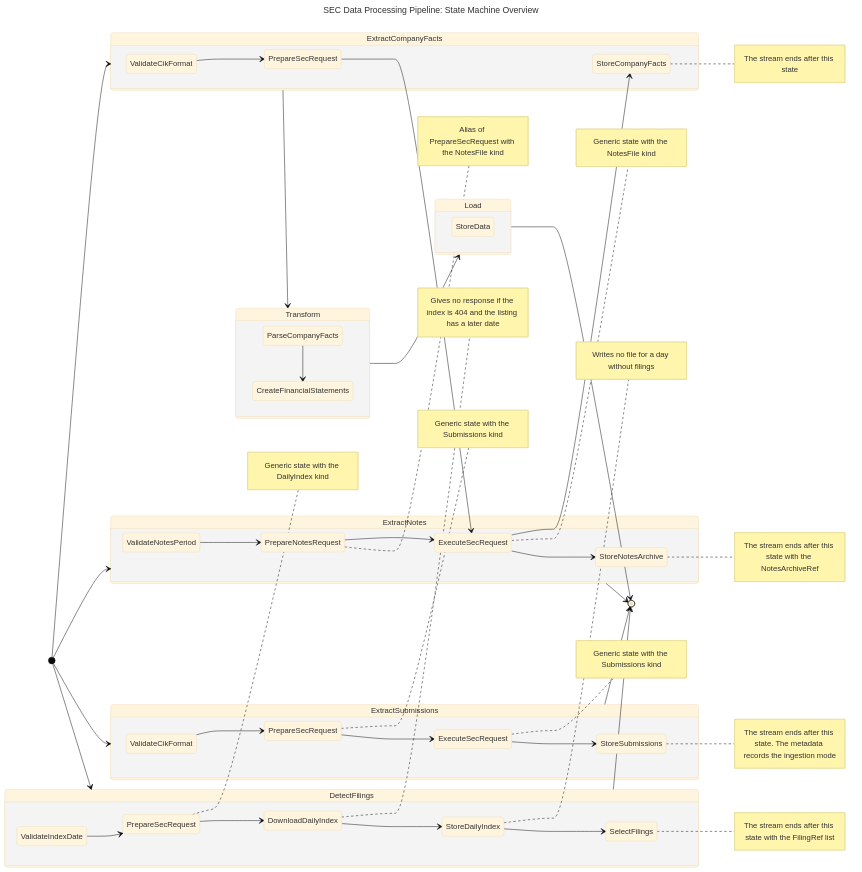
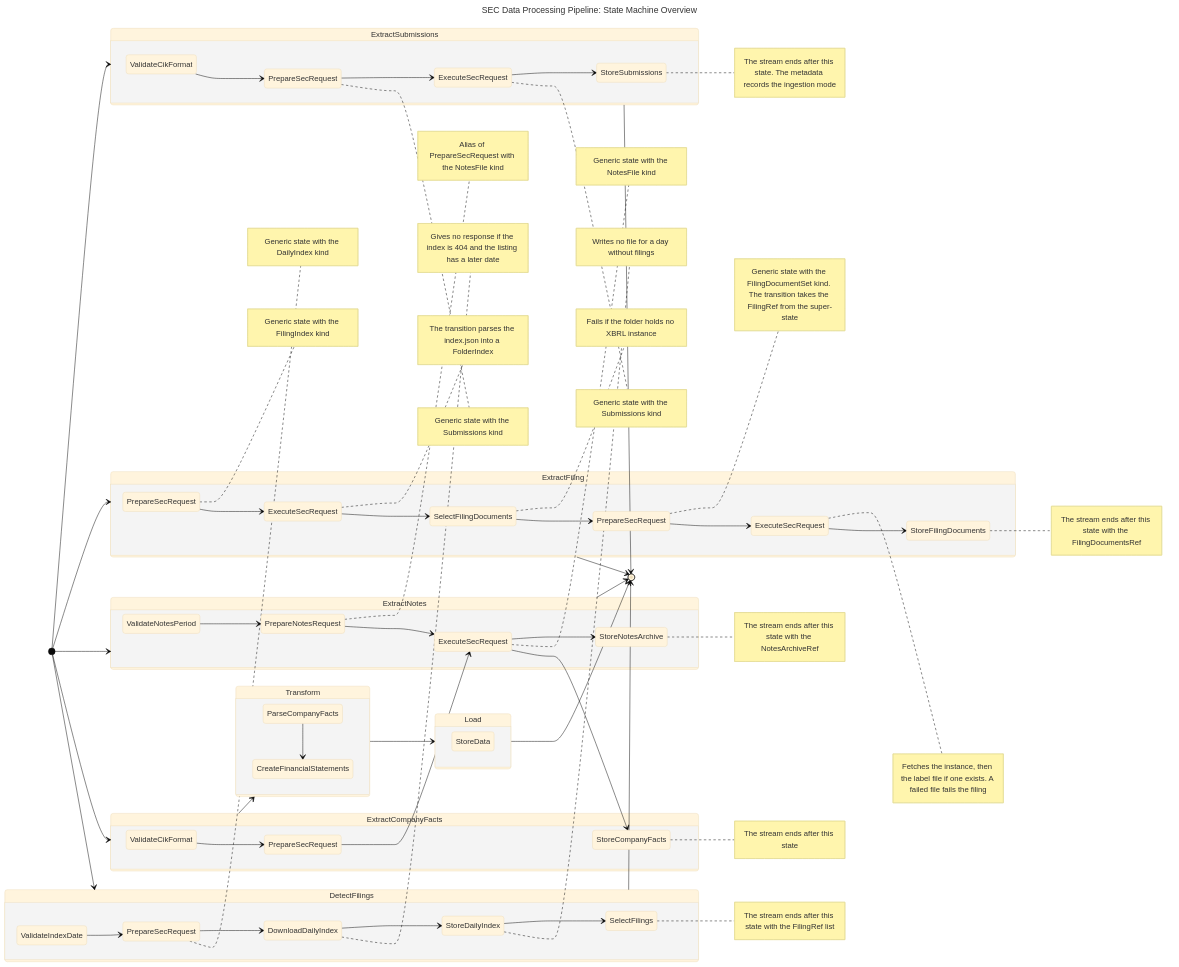
One commit to ironcapitaleu/arkad changed the diagram in sec/design/state_diagram/sec_state_machine.md. Above: the diagram before and after it, drawn with Mermaid (base theme). The commit also changed 1 other file, not shown here.

Commit message:
feat(sec): stream ExtractFilingSuperState and return its documents
The super-state now streams from the folder index request to
StoreFilingDocuments, and the stream ends there.
run_to_documents runs the stream, hands each item to the caller, and
returns the FilingDocumentsRef of the stored files.

Tests run the machine with RoutingSecClient and a store in a temp dir.
They find instance.xml and lab.xml in the filing folder. A filing
without an instance ends with the error of SelectFilingDocuments,
which names the accession number. A failed label file request fails
the filing and stores no file.

The state diagram shows the new machine.

Refs: STA-376

Claude-Session: https://claude.ai/code/session_01QC3BehpTBUsuDtZFfHC1r3

```diff
--- a/sec/design/state_diagram/sec_state_machine.md
+++ b/sec/design/state_diagram/sec_state_machine.md
@@ -46,6 +46,28 @@
 
     DetectFilings --> [*]
 
+    %% `ExtractFiling` SuperState, one per FilingRef that SelectFilings picked
+    [*] --> ExtractFiling
+    state ExtractFiling {
+        state "PrepareSecRequest" as PrepareFilingIndexRequest
+        state "ExecuteSecRequest" as ExecuteFilingIndexRequest
+        state "PrepareSecRequest" as PrepareFilingDocumentsRequest
+        state "ExecuteSecRequest" as ExecuteFilingDocumentsRequest
+        PrepareFilingIndexRequest --> ExecuteFilingIndexRequest
+        note right of PrepareFilingIndexRequest : Generic state with the FilingIndex kind
+        ExecuteFilingIndexRequest --> SelectFilingDocuments
+        note right of ExecuteFilingIndexRequest : The transition parses the index.json into a FolderIndex
+        SelectFilingDocuments --> PrepareFilingDocumentsRequest
+        note right of SelectFilingDocuments : Fails if the folder holds no XBRL instance
+        PrepareFilingDocumentsRequest --> ExecuteFilingDocumentsRequest
+        note right of PrepareFilingDocumentsRequest : Generic state with the FilingDocumentSet kind. The transition takes the FilingRef from the super-state
+        ExecuteFilingDocumentsRequest --> StoreFilingDocuments
+        note right of ExecuteFilingDocumentsRequest : Fetches the instance, then the label file if one exists. A failed file fails the filing
+        note right of StoreFilingDocuments : The stream ends after this state with the FilingDocumentsRef
+    }
+
+    ExtractFiling --> [*]
+
     %% `ExtractSubmissions` SuperState, one per company, on both ingestion paths
     [*] --> ExtractSubmissions
     state ExtractSubmissions {
```
